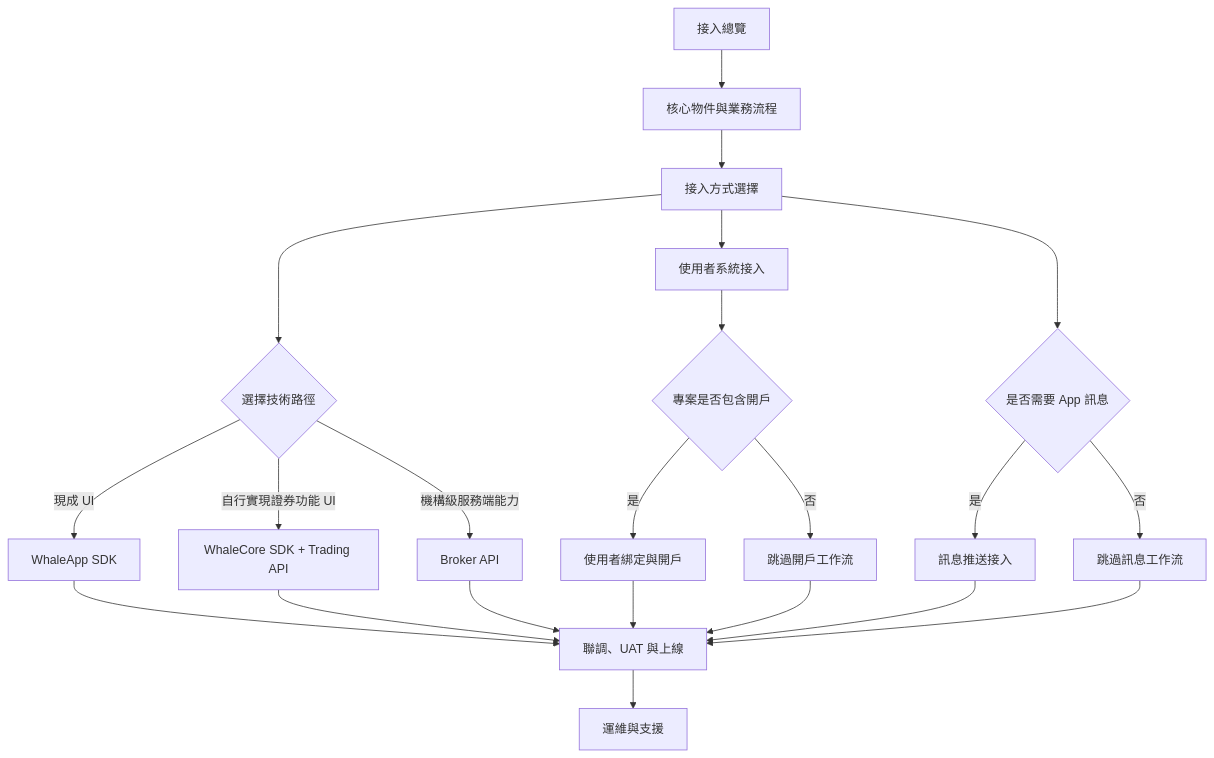
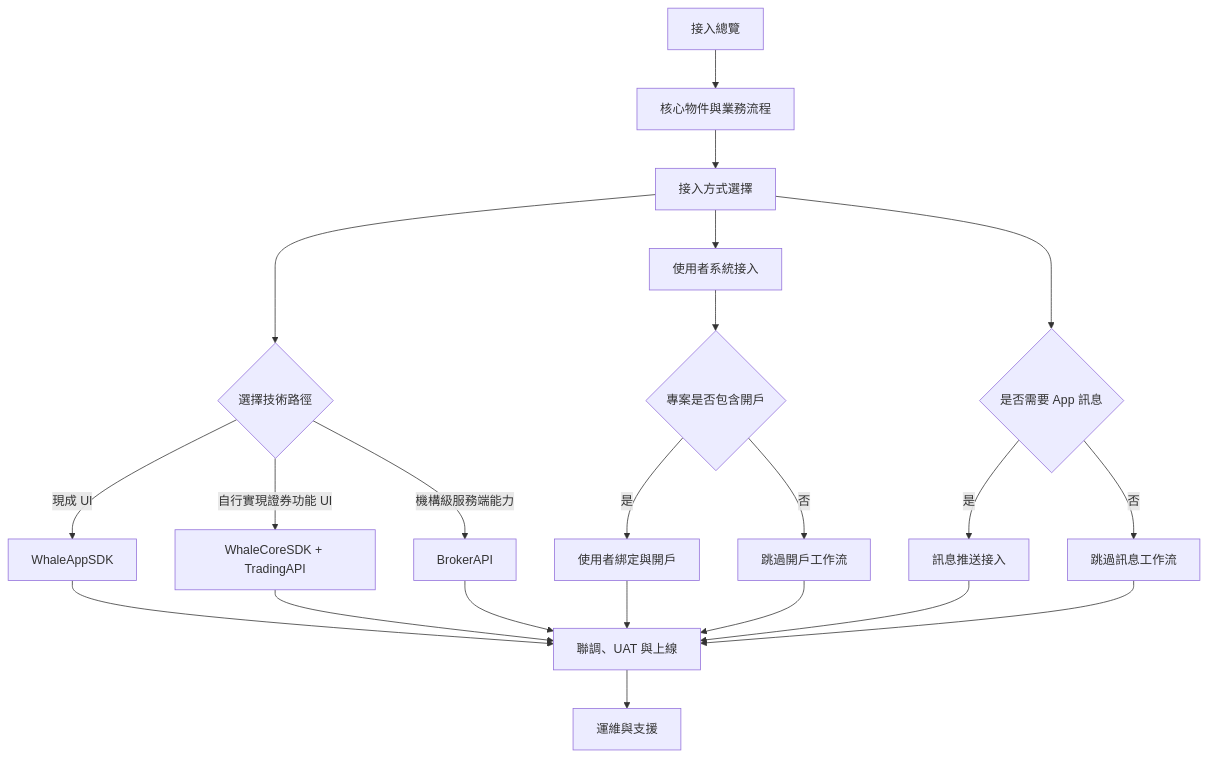
One commit to longbridge/whale-docs changed the first of 2 diagrams in docs/zh-HK/docs/broker-onboarding.mdx. Above: the diagram before and after it, drawn with Mermaid. The commit also changed other lines of this file and 120 other files, not shown here.

````diff
--- a/docs/zh-HK/docs/broker-onboarding.mdx
+++ b/docs/zh-HK/docs/broker-onboarding.mdx
@@ -14,24 +14,24 @@
 ```mermaid
 flowchart TD
     A[接入總覽] --> B[核心物件與業務流程]
     B --> C[接入方式選擇]
     C --> D{選擇技術路徑}
-    D -->|現成 UI| E[WhaleApp SDK]
-    D -->|自行實現證券功能 UI| F[WhaleCore SDK + Trading API]
-    D -->|機構級服務端能力| G[Broker API]
+    D -->|現成 UI| E[WhaleAppSDK]
+    D -->|自行實現證券功能 UI| F[WhaleCoreSDK + TradingAPI]
+    D -->|機構級服務端能力| G[BrokerAPI]
     C --> H[使用者系統接入]
     H --> I{專案是否包含開戶}
     I -->|是| J[使用者綁定與開戶]
     I -->|否| K[跳過開戶工作流]
     C --> L{是否需要 App 訊息}
     L -->|是| M[訊息推送接入]
     L -->|否| N[跳過訊息工作流]
     E --> O[聯調、UAT 與上線]
     F --> O
     G --> O
     J --> O
     K --> O
     M --> O
     N --> O
     O --> P[運維與支援]
 ```
````
